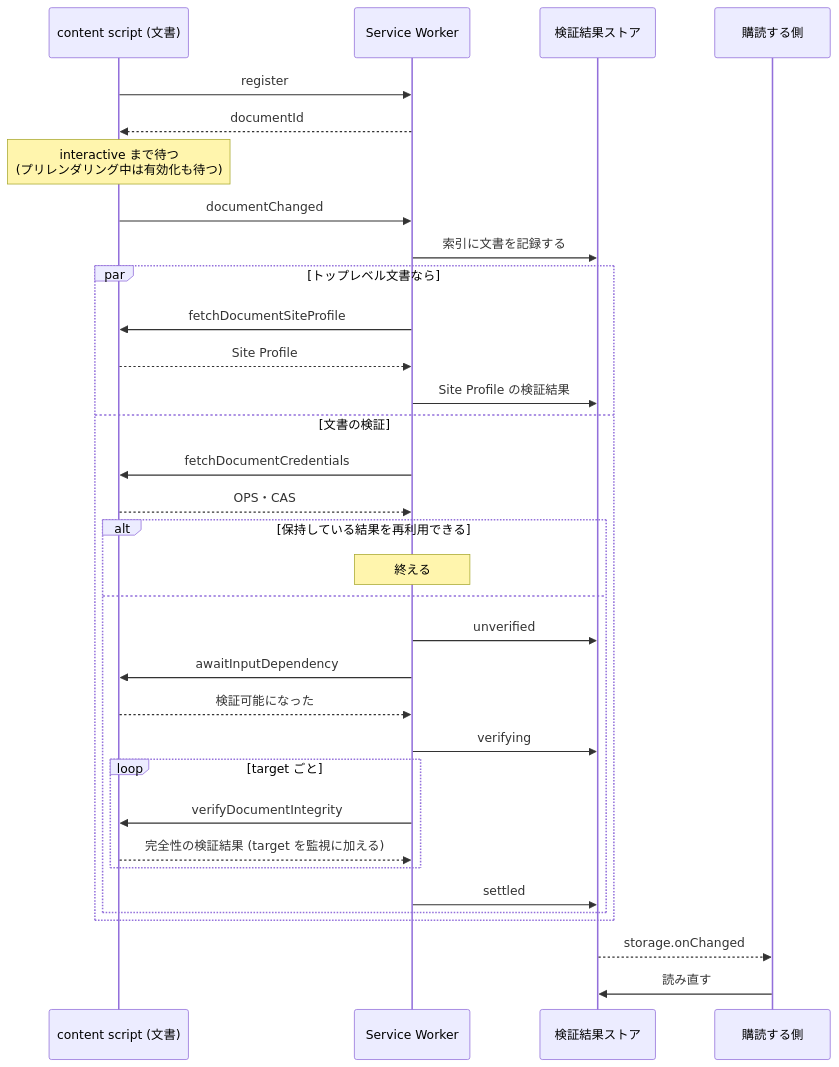
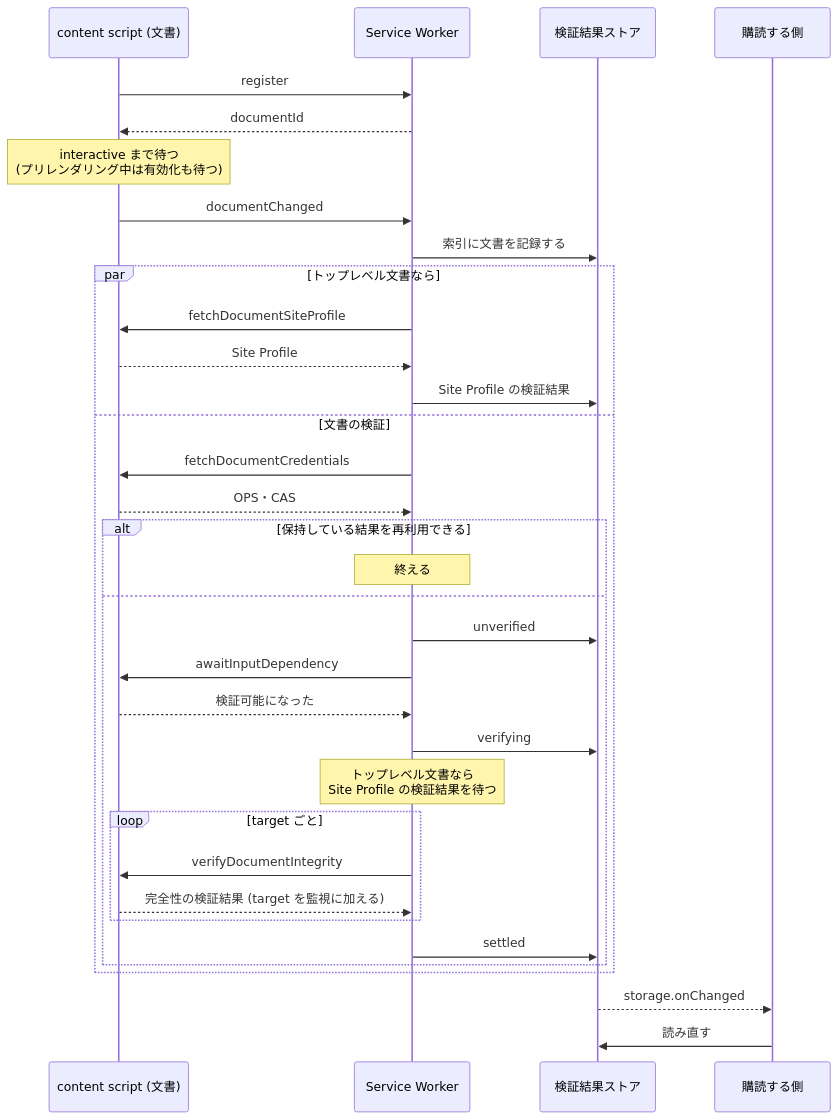
The first of 2 diagrams in packages/extension-common/src/verification/README.md (originator-profile/originator-profile), drawn with Mermaid before and after one commit. The commit also changed other lines of this file, not shown here.

First line of the commit message:
docs(extension-common): 検証パイプラインの README を、無効の理由・購読の読み直し・Site Profile の待ちに合わせる

````diff
--- a/packages/extension-common/src/verification/README.md
+++ b/packages/extension-common/src/verification/README.md
@@ -23,36 +24,37 @@
 ```mermaid
 sequenceDiagram
 participant CS as content script (文書)
 participant SW as Service Worker
 participant Store as 検証結果ストア
 participant Sub as 購読する側
 
 CS->>SW: register
 SW-->>CS: documentId
 Note over CS: interactive まで待つ<br/>(プリレンダリング中は有効化も待つ)
 CS->>SW: documentChanged
 SW->>Store: 索引に文書を記録する
 par トップレベル文書なら
   SW->>CS: fetchDocumentSiteProfile
   CS-->>SW: Site Profile
   SW->>Store: Site Profile の検証結果
 and 文書の検証
   SW->>CS: fetchDocumentCredentials
   CS-->>SW: OPS・CAS
   alt 保持している結果を再利用できる
     Note over SW: 終える
   else
     SW->>Store: unverified
     SW->>CS: awaitInputDependency
     CS-->>SW: 検証可能になった
     SW->>Store: verifying
+    Note over SW: トップレベル文書なら<br/>Site Profile の検証結果を待つ
     loop target ごと
       SW->>CS: verifyDocumentIntegrity
       CS-->>SW: 完全性の検証結果 (target を監視に加える)
     end
     SW->>Store: settled
   end
 end
 Store-->>Sub: storage.onChanged
 Sub->>Store: 読み直す
 ```
````
